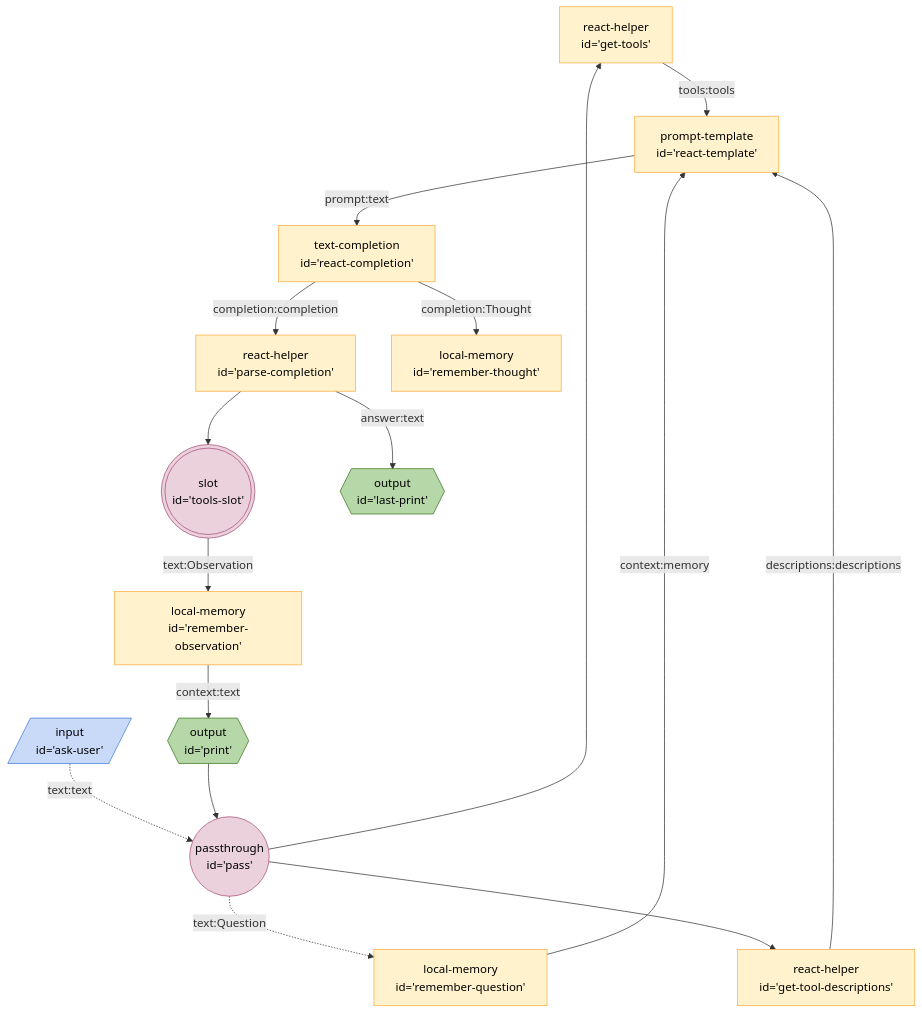
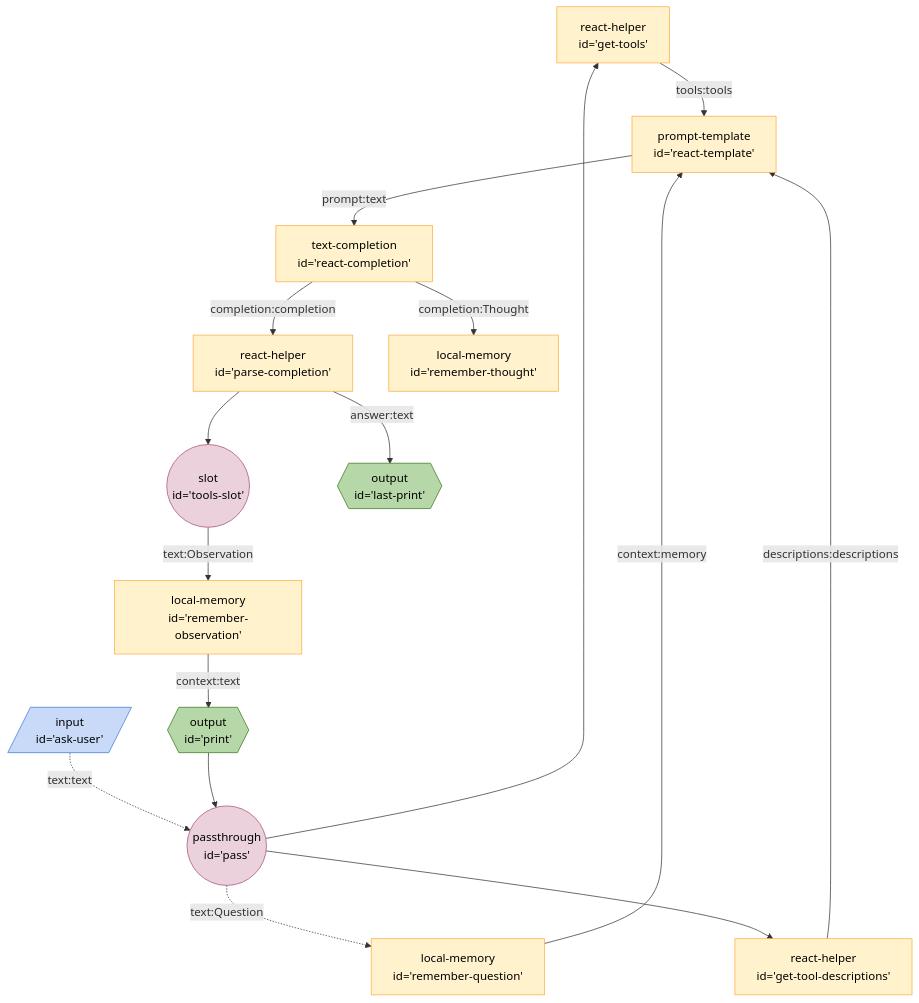
One commit to breadboard-ai/breadboard changed the diagram in seeds/graph-playground/docs/graphs/react-with-slot.md. Above: the diagram before and after it, drawn with Mermaid. The commit also changed 15 other files, not shown here.

Commit message:
[graph-playground] Better slotting idea.

````diff
--- a/seeds/graph-playground/docs/graphs/react-with-slot.md
+++ b/seeds/graph-playground/docs/graphs/react-with-slot.md
@@ -4,54 +4,55 @@
 ```mermaid
 %%{init: {'themeVariables': { 'fontFamily': 'Fira Code, monospace' }}}%%
 graph TD;
 get-tools["react-helper
 id='get-tools'"] -- tools:tools --> react-template["prompt-template
 id='react-template'"]
 get-tool-descriptions["react-helper
 id='get-tool-descriptions'"] -- descriptions:descriptions --> react-template["prompt-template
 id='react-template'"]
 ask-user[/"input
 id='ask-user'"/]:::input -. text:text .-> pass(("passthrough
 id='pass'")):::passthrough
 pass(("passthrough
 id='pass'")):::passthrough --> get-tools["react-helper
 id='get-tools'"]
 pass(("passthrough
 id='pass'")):::passthrough -. text:Question .-> remember-question["local-memory
 id='remember-question'"]
 remember-question["local-memory
 id='remember-question'"] -- context:memory --> react-template["prompt-template
 id='react-template'"]
 pass(("passthrough
 id='pass'")):::passthrough --> get-tool-descriptions["react-helper
 id='get-tool-descriptions'"]
 react-template["prompt-template
 id='react-template'"] -- prompt:text --> react-completion["text-completion
 id='react-completion'"]
 react-completion["text-completion
 id='react-completion'"] -- completion:completion --> parse-completion["react-helper
 id='parse-completion'"]
 react-completion["text-completion
 id='react-completion'"] -- completion:Thought --> remember-thought["local-memory
 id='remember-thought'"]
 parse-completion["react-helper
-id='parse-completion'"] --> tools-slot((("slot
-id='tools-slot'"))):::slot
-tools-slot((("slot
-id='tools-slot'"))):::slot -- text:Observation --> remember-observation["local-memory
+id='parse-completion'"] --> tools-slot(("slot
+id='tools-slot'")):::slot
+tools-slot(("slot
+id='tools-slot'")):::slot -- text:Observation --> remember-observation["local-memory
 id='remember-observation'"]
 remember-observation["local-memory
 id='remember-observation'"] -- context:text --> print{{"output
 id='print'"}}:::output
 print{{"output
 id='print'"}}:::output --> pass(("passthrough
 id='pass'")):::passthrough
 parse-completion["react-helper
 id='parse-completion'"] -- answer:text --> last-print{{"output
 id='last-print'"}}:::output
 classDef default stroke:#ffab40,fill:#fff2ccff,color:#000
 classDef input stroke:#3c78d8,fill:#c9daf8ff,color:#000
 classDef output stroke:#38761d,fill:#b6d7a8ff,color:#000
 classDef passthrough stroke:#a64d79,fill:#ead1dcff,color:#000
 classDef slot stroke:#a64d79,fill:#ead1dcff,color:#000
+classDef slotted stroke:#a64d79
 ```
````
